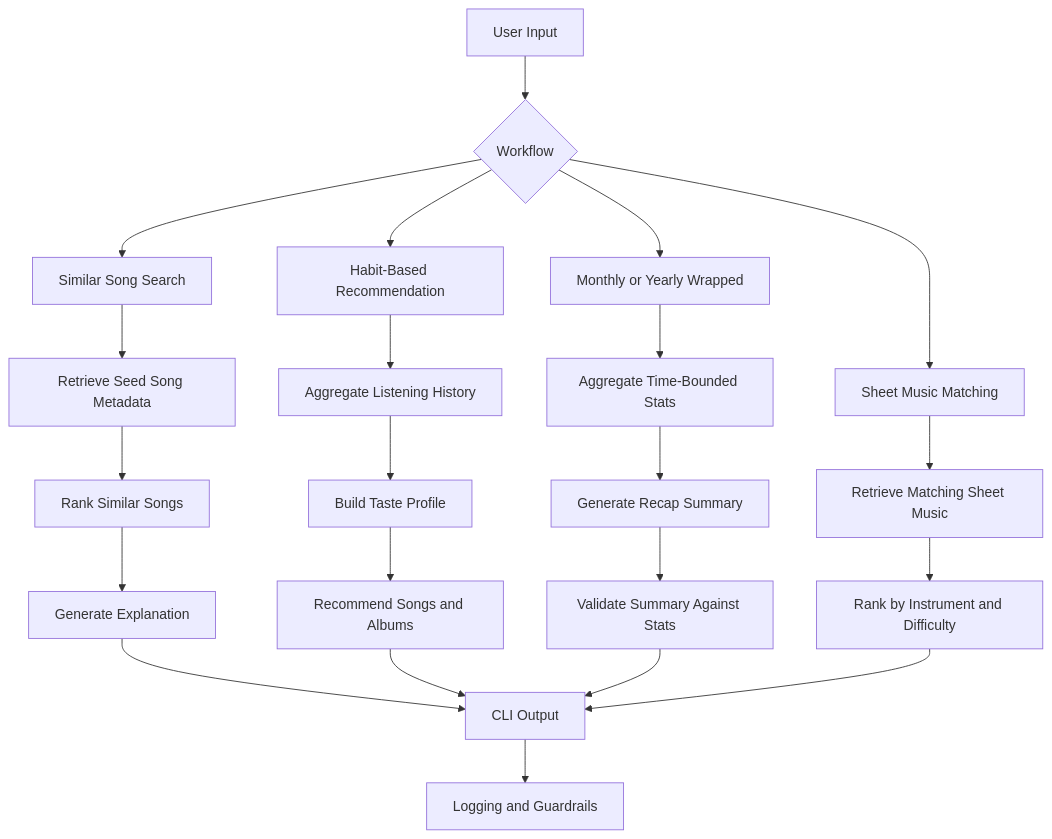
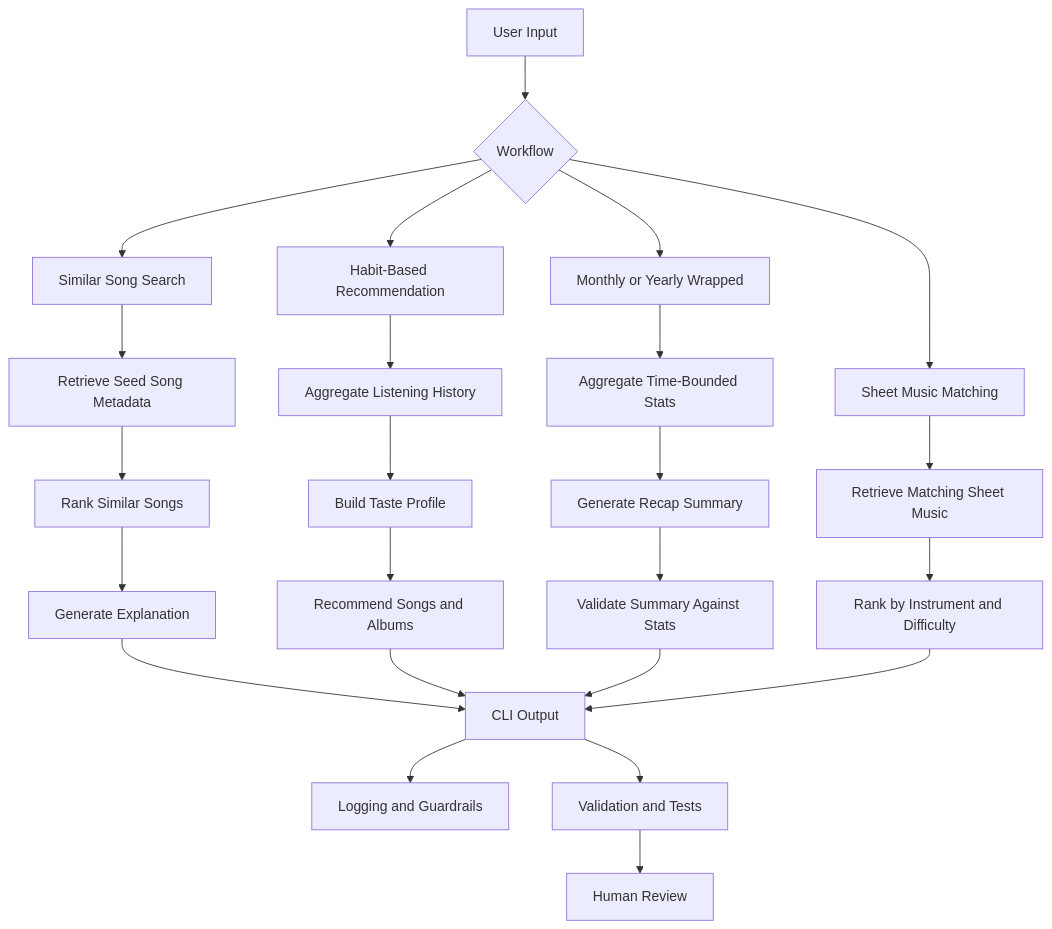
The diagram in README.md (yichen057/Music-Companion), drawn with Mermaid before and after one commit. The commit also changed other lines of this file and 1 other file, not shown here.

````diff
--- a/README.md
+++ b/README.md
@@ -90,30 +95,32 @@
 ```mermaid
 flowchart TD
     A[User Input] --> B{Workflow}
     B --> C[Similar Song Search]
     B --> D[Habit-Based Recommendation]
     B --> E[Monthly or Yearly Wrapped]
     B --> F[Sheet Music Matching]
 
     C --> G[Retrieve Seed Song Metadata]
     G --> H[Rank Similar Songs]
     H --> I[Generate Explanation]
 
     D --> J[Aggregate Listening History]
     J --> K[Build Taste Profile]
     K --> L[Recommend Songs and Albums]
 
     E --> M[Aggregate Time-Bounded Stats]
     M --> N[Generate Recap Summary]
     N --> O[Validate Summary Against Stats]
 
     F --> P[Retrieve Matching Sheet Music]
     P --> Q[Rank by Instrument and Difficulty]
 
     I --> R[CLI Output]
     L --> R
     O --> R
     Q --> R
 
     R --> S[Logging and Guardrails]
+    R --> T[Validation and Tests]
+    T --> U[Human Review]
 ```
````
